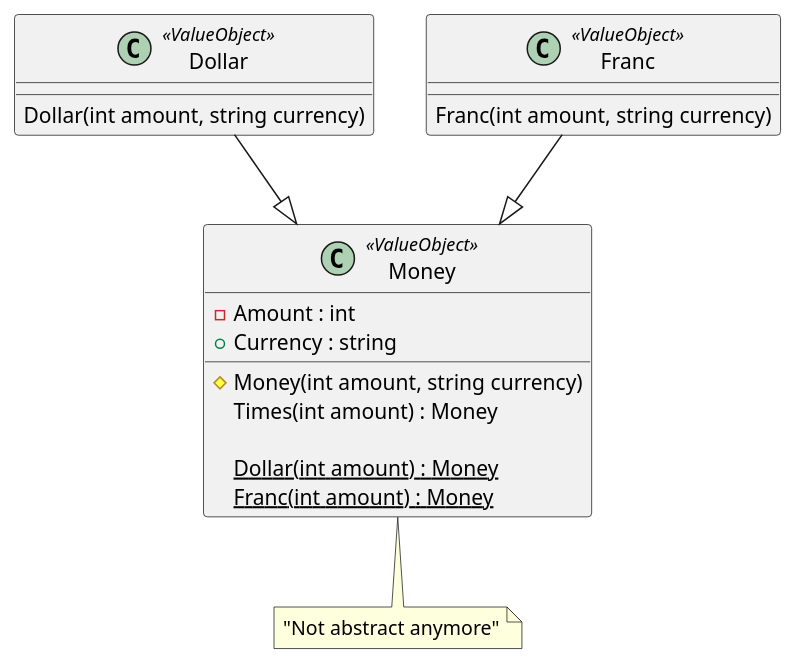
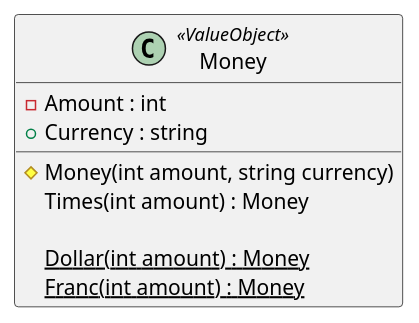
Before and after one commit to RicardoGuzmanVelasco/KentBeck.TDDByExample: the diagram in Documentation/Classes.puml, drawn with PlantUML.

Commit message:
11 | Money synthesis | Documentation

```diff
--- a/Documentation/Classes.puml
+++ b/Documentation/Classes.puml
@@ -1,26 +1,13 @@
 @startuml
-class Dollar <<ValueObject>>
-{
-    Dollar(int amount, string currency)
-}
-
-class Franc <<ValueObject>>
-{
-    Franc(int amount, string currency)
-}
 
 class Money <<ValueObject>>
 {
     -Amount : int
     +Currency : string
     #Money(int amount, string currency)
     Times(int amount) : Money
     
     {static} Dollar(int amount) : Money
     {static} Franc(int amount) : Money
 }
-note bottom of Money : "Not abstract anymore"
-
-Dollar --|> Money
-Franc --|> Money
 @enduml
```
